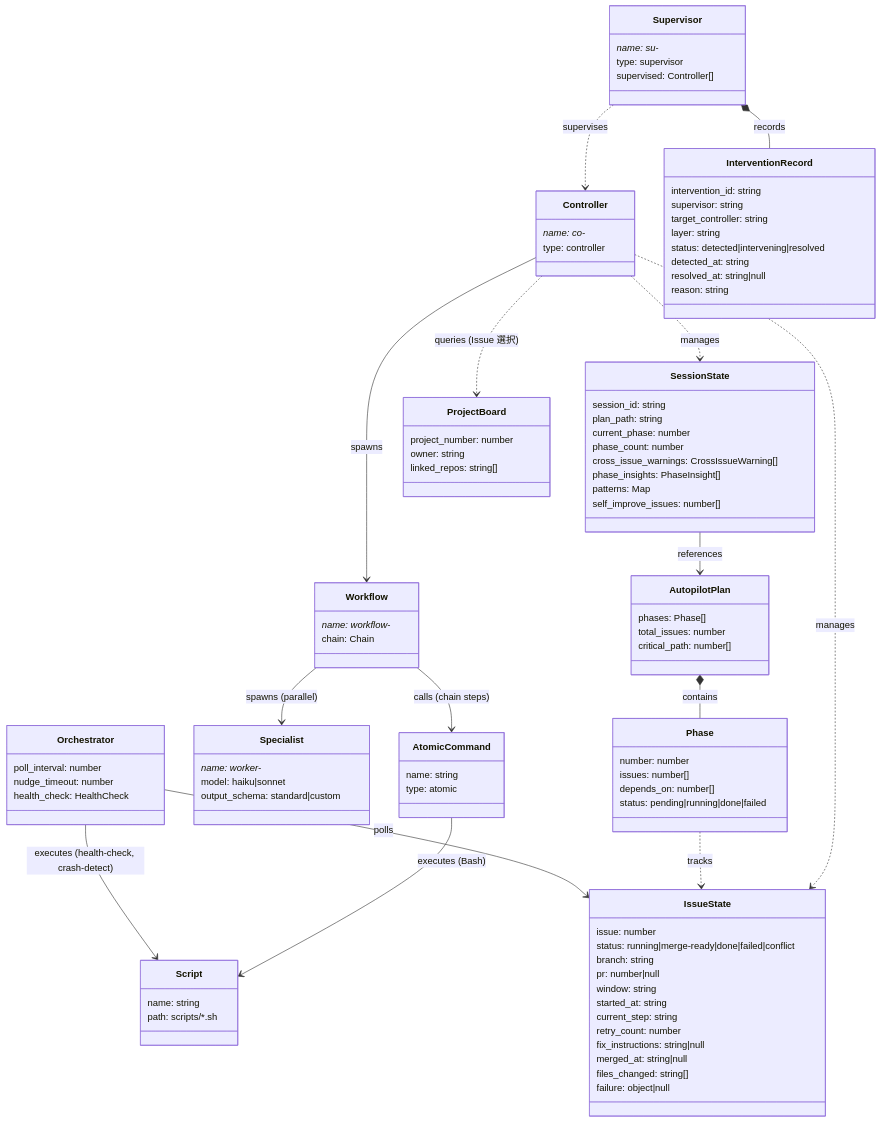
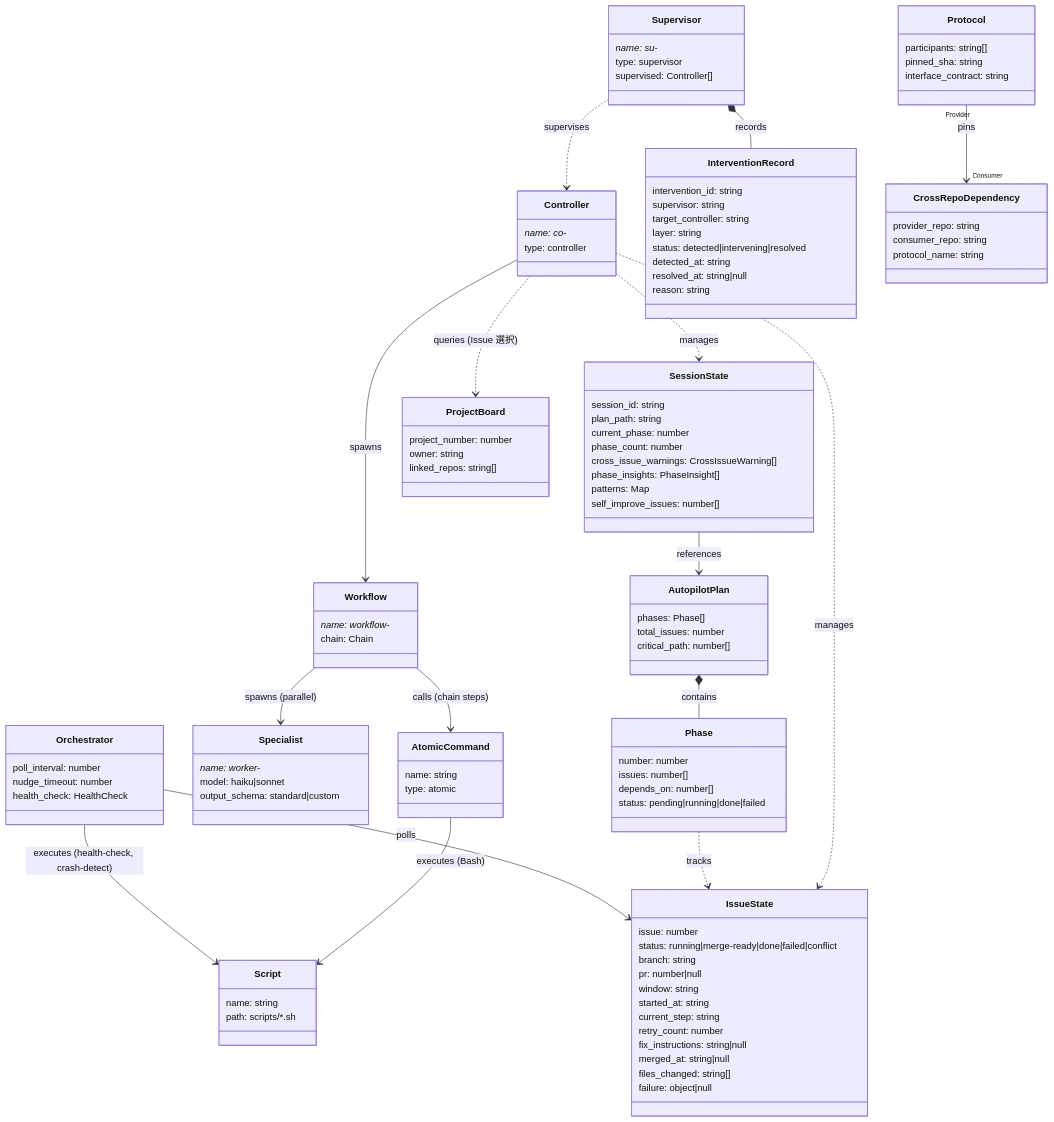
One commit to shuu5/twill changed the first of 6 diagrams in plugins/twl/architecture/domain/model.md. Above: the diagram before and after it, drawn with Mermaid.

Commit message:
feat(arch): domain/model.md に Protocol/CrossRepoDependency エンティティを追加 (#1302)
ADR-033 が定義する protocols/ ディレクトリ概念を classDiagram に反映。

- Protocol クラス追加（participants, pinned_sha, interface_contract）
- CrossRepoDependency クラス追加（provider_repo, consumer_repo, protocol_name）
- Protocol "Provider" --> "Consumer" CrossRepoDependency : pins

````diff
--- a/plugins/twl/architecture/domain/model.md
+++ b/plugins/twl/architecture/domain/model.md
@@ -85,6 +85,16 @@
         resolved_at: string|null
         reason: string
     }
+    class Protocol {
+        participants: string[]
+        pinned_sha: string
+        interface_contract: string
+    }
+    class CrossRepoDependency {
+        provider_repo: string
+        consumer_repo: string
+        protocol_name: string
+    }
     Controller --> Workflow : spawns
     Workflow --> AtomicCommand : calls (chain steps)
     Workflow --> Specialist : spawns (parallel)
@@ -99,4 +109,5 @@
     Orchestrator --> Script : executes (health-check, crash-detect)
     Supervisor ..> Controller : supervises
     Supervisor *-- InterventionRecord : records
+    Protocol "Provider" --> "Consumer" CrossRepoDependency : pins
 ```
````
